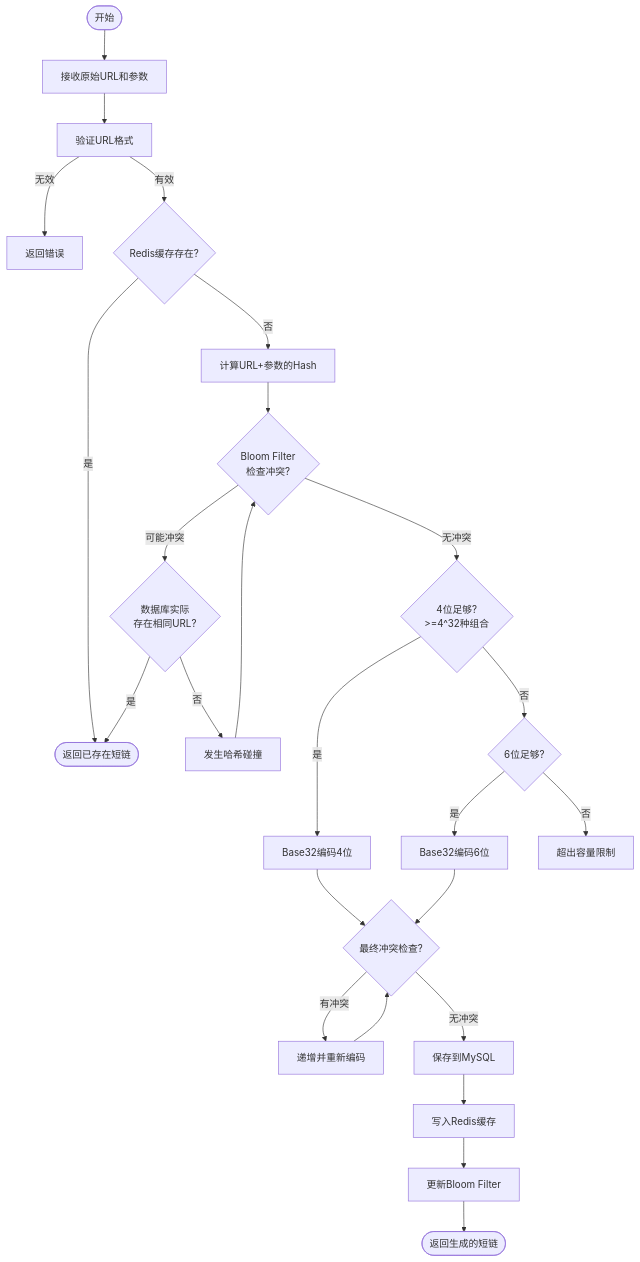
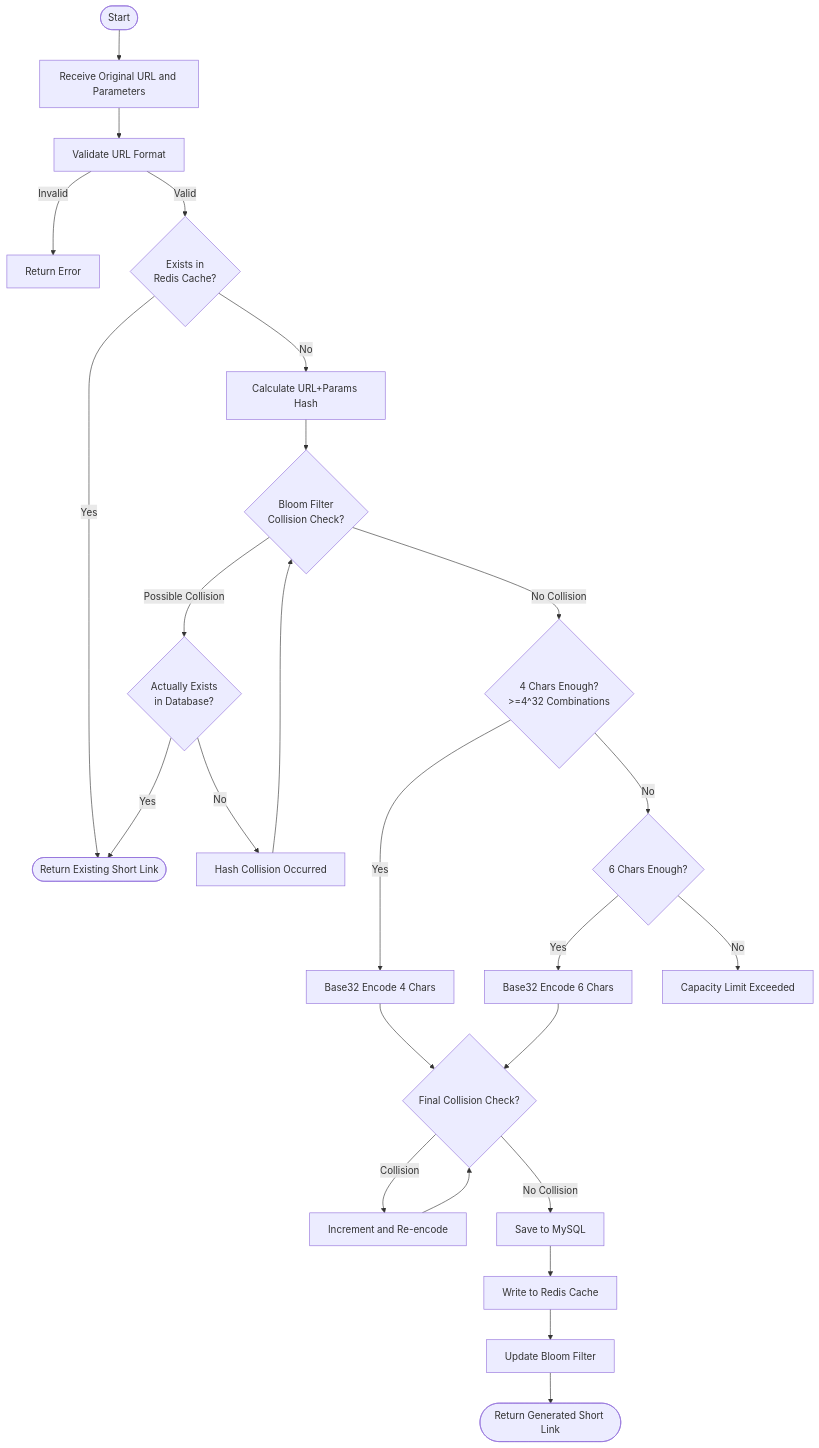
One commit to MariexAos/octopus changed the second of 3 diagrams in docs/en/short-link-service-design.md. Above: the diagram before and after it, drawn with Mermaid. The commit also changed other lines of this file and 1 other file, not shown here.

````diff
--- a/docs/en/short-link-service-design.md
+++ b/docs/en/short-link-service-design.md
@@ -100,40 +100,40 @@
 ```mermaid
 flowchart TD
-    Start([开始]) --> Input[接收原始URL和参数]
-    Input --> Validate[验证URL格式]
+    Start([Start]) --> Input[Receive Original URL and Parameters]
+    Input --> Validate[Validate URL Format]
 
-    Validate -->|无效| Error1[返回错误]
-    Validate -->|有效| CheckCache{Redis缓存存在?}
+    Validate -->|Invalid| Error1[Return Error]
+    Validate -->|Valid| CheckCache{Exists in<br/>Redis Cache?}
 
-    CheckCache -->|是| Return1([返回已存在短链])
-    CheckCache -->|否| Hash[计算URL+参数的Hash]
+    CheckCache -->|Yes| Return1([Return Existing Short Link])
+    CheckCache -->|No| Hash[Calculate URL+Params Hash]
 
-    Hash --> BloomCheck{Bloom Filter<br/>检查冲突?}
+    Hash --> BloomCheck{Bloom Filter<br/>Collision Check?}
 
-    BloomCheck -->|可能冲突| CheckDB{数据库实际<br/>存在相同URL?}
+    BloomCheck -->|Possible Collision| CheckDB{Actually Exists<br/>in Database?}
 
-    BloomCheck -->|无冲突| Length4{4位足够?<br/>>=4^32种组合}
+    BloomCheck -->|No Collision| Length4{4 Chars Enough?<br/>>=4^32 Combinations}
 
-    CheckDB -->|是| Return1
-    CheckDB -->|否| Collision[发生哈希碰撞]
+    CheckDB -->|Yes| Return1
+    CheckDB -->|No| Collision[Hash Collision Occurred]
     Collision --> BloomCheck
 
-    Length4 -->|是| Encode4[Base32编码4位]
-    Length4 -->|否| Length6{6位足够?}
+    Length4 -->|Yes| Encode4[Base32 Encode 4 Chars]
+    Length4 -->|No| Length6{6 Chars Enough?}
 
-    Encode4 --> FinalCheck{最终冲突检查?}
+    Encode4 --> FinalCheck{Final Collision Check?}
 
-    Length6 -->|是| Encode6[Base32编码6位]
-    Length6 -->|否| Error2[超出容量限制]
+    Length6 -->|Yes| Encode6[Base32 Encode 6 Chars]
+    Length6 -->|No| Error2[Capacity Limit Exceeded]
 
     Encode6 --> FinalCheck
 
-    FinalCheck -->|有冲突| Retry[递增并重新编码]
-    FinalCheck -->|无冲突| SaveDB[保存到MySQL]
+    FinalCheck -->|Collision| Retry[Increment and Re-encode]
+    FinalCheck -->|No Collision| SaveDB[Save to MySQL]
 
     Retry --> FinalCheck
 
-    SaveDB --> SaveCache[写入Redis缓存]
-    SaveCache --> UpdateBloom[更新Bloom Filter]
-    UpdateBloom --> Return2([返回生成的短链])
+    SaveDB --> SaveCache[Write to Redis Cache]
+    SaveCache --> UpdateBloom[Update Bloom Filter]
+    UpdateBloom --> Return2([Return Generated Short Link])
 ```
````
